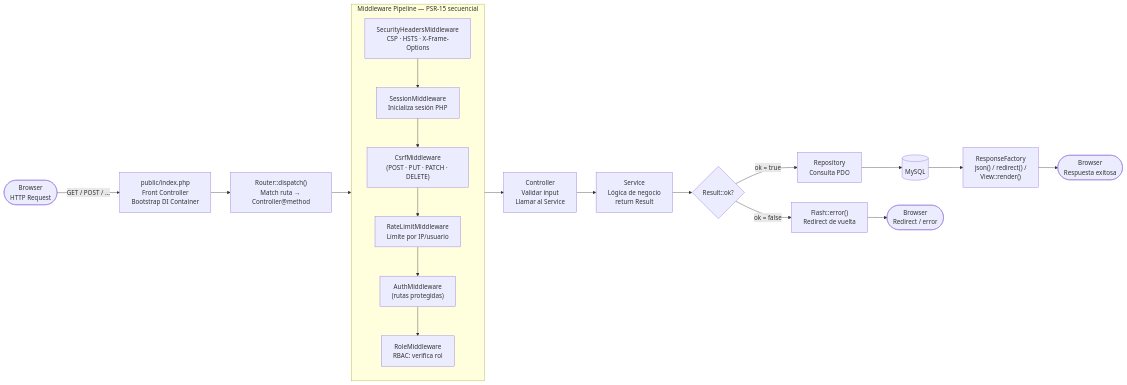
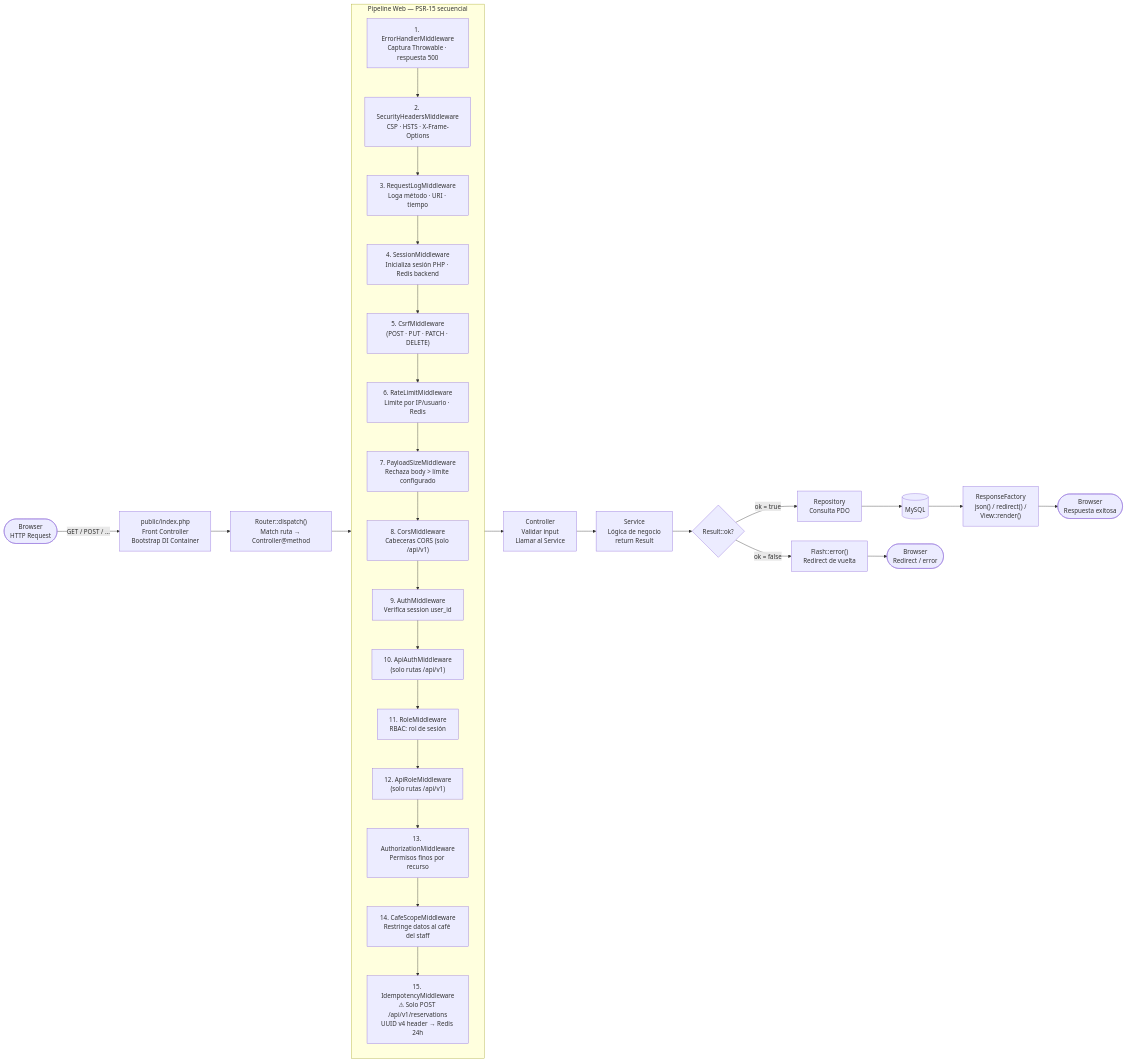
The first of 2 diagrams in docs/diagrams/request-lifecycle.md (Irene-R-Carmona/komorebi), drawn with Mermaid before and after one commit. The commit also changed other lines of this file and 23 other files, not shown here.

````diff
--- a/docs/diagrams/request-lifecycle.md
+++ b/docs/diagrams/request-lifecycle.md
@@ -9,40 +9,50 @@
 ```mermaid
 flowchart LR
     Browser(["Browser\nHTTP Request"])
     FrontCtrl["public/index.php\nFront Controller\nBootstrap DI Container"]
     Router["Router::dispatch()\nMatch ruta → Controller@method"]
 
-    subgraph pipeline ["Middleware Pipeline — PSR-15 secuencial"]
+    subgraph pipeline_web ["Pipeline Web — PSR-15 secuencial"]
         direction TB
-        MW1["SecurityHeadersMiddleware\nCSP · HSTS · X-Frame-Options"]
-        MW2["SessionMiddleware\nInicializa sesión PHP"]
-        MW3["CsrfMiddleware\n(POST · PUT · PATCH · DELETE)"]
-        MW4["RateLimitMiddleware\nLímite por IP/usuario"]
-        MW5["AuthMiddleware\n(rutas protegidas)"]
-        MW6["RoleMiddleware\nRBAC: verifica rol"]
-        MW1 --> MW2 --> MW3 --> MW4 --> MW5 --> MW6
+        MW1["1. ErrorHandlerMiddleware\nCaptura Throwable · respuesta 500"]
+        MW2["2. SecurityHeadersMiddleware\nCSP · HSTS · X-Frame-Options"]
+        MW3["3. RequestLogMiddleware\nLoga método · URI · tiempo"]
+        MW4["4. SessionMiddleware\nInicializa sesión PHP · Redis backend"]
+        MW5["5. CsrfMiddleware\n(POST · PUT · PATCH · DELETE)"]
+        MW6["6. RateLimitMiddleware\nLímite por IP/usuario · Redis"]
+        MW7["7. PayloadSizeMiddleware\nRechaza body > límite configurado"]
+        MW8["8. CorsMiddleware\nCabeceras CORS (solo /api/v1)"]
+        MW9["9. AuthMiddleware\nVerifica session user_id"]
+        MW10["10. ApiAuthMiddleware\n(solo rutas /api/v1)"]
+        MW11["11. RoleMiddleware\nRBAC: rol de sesión"]
+        MW12["12. ApiRoleMiddleware\n(solo rutas /api/v1)"]
+        MW13["13. AuthorizationMiddleware\nPermisos finos por recurso"]
+        MW14["14. CafeScopeMiddleware\nRestringe datos al café del staff"]
+        MW15["15. IdempotencyMiddleware\n⚠ Solo POST /api/v1/reservations\nUUID v4 header → Redis 24h"]
+        MW1 --> MW2 --> MW3 --> MW4 --> MW5 --> MW6 --> MW7 --> MW8
+        MW8 --> MW9 --> MW10 --> MW11 --> MW12 --> MW13 --> MW14 --> MW15
     end
 
     Controller["Controller\nValidar input\nLlamar al Service"]
     Service["Service\nLógica de negocio\nreturn Result"]
     Decision{"Result::ok?"}
     Repository["Repository\nConsulta PDO"]
     MySQL[("MySQL")]
     ResponseOk["ResponseFactory\njson() / redirect() /\nView::render()"]
     FlashError["Flash::error()\nRedirect de vuelta"]
     BrowserOk(["Browser\nRespuesta exitosa"])
     BrowserError(["Browser\nRedirect / error"])
 
     Browser -->|"GET / POST / ..."| FrontCtrl
     FrontCtrl --> Router
-    Router --> pipeline
-    MW6 --> Controller
+    Router --> pipeline_web
+    MW15 --> Controller
     Controller --> Service
     Service --> Decision
     Decision -->|"ok = true"| Repository
     Repository --> MySQL
     MySQL --> ResponseOk
     ResponseOk --> BrowserOk
     Decision -->|"ok = false"| FlashError
     FlashError --> BrowserError
 ```
````
